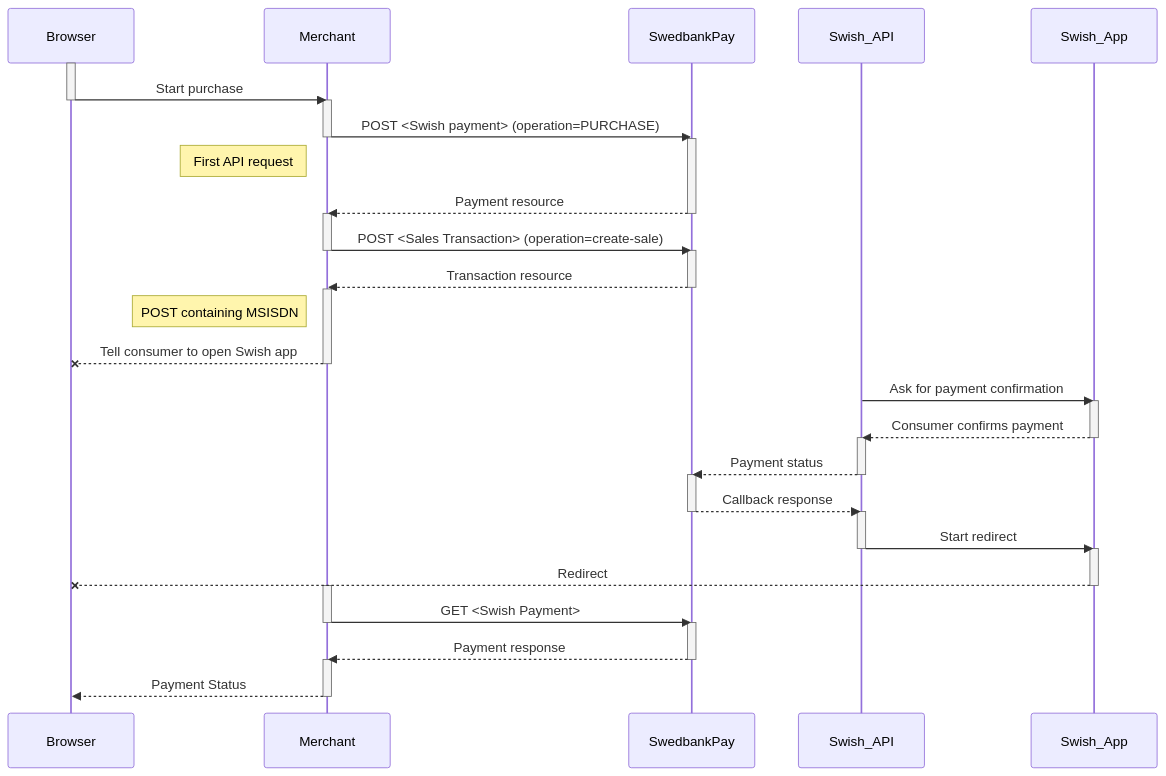
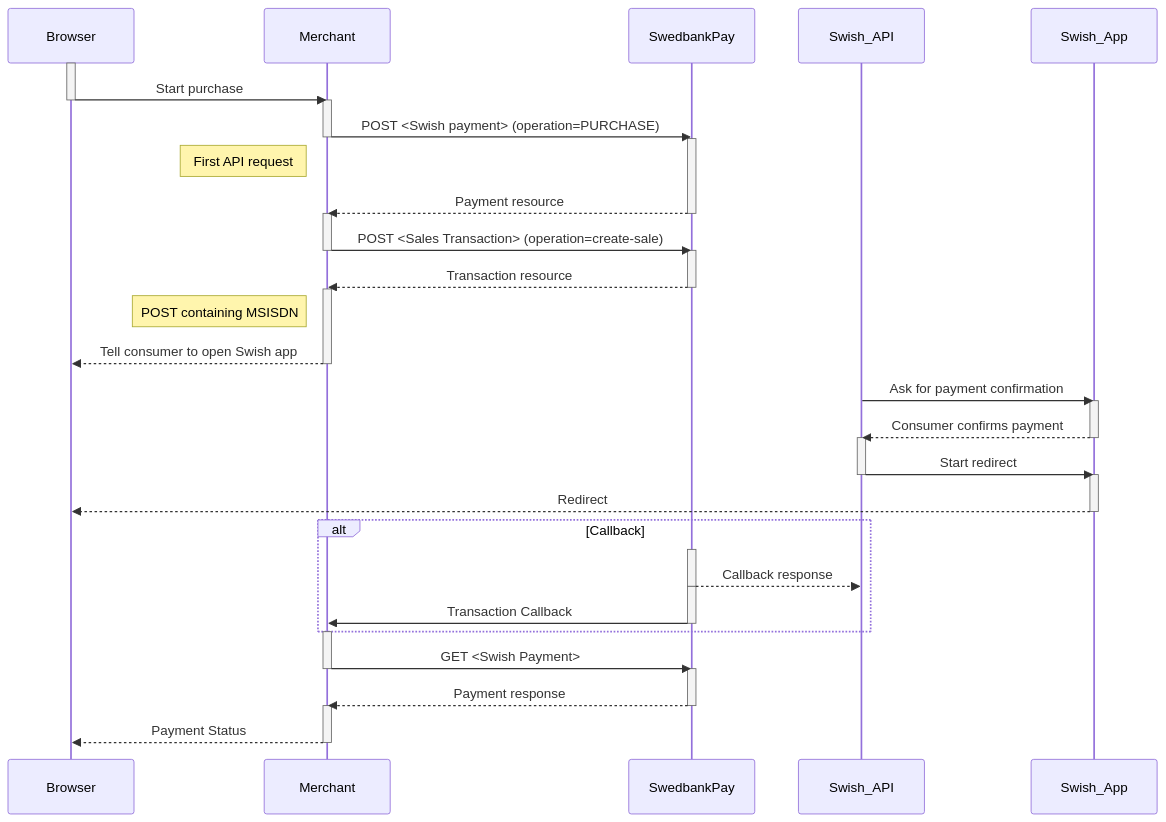
One commit to SwedbankPay/developer.swedbankpay.com changed the second of 2 diagrams in payments/swish/direct.md. Above: the diagram before and after it, drawn with Mermaid. The commit also changed other lines of this file, not shown here.

Commit message:
dx-873 fixed flow charts in direct whish

````diff
--- a/payments/swish/direct.md
+++ b/payments/swish/direct.md
@@ -395,37 +397,39 @@
 ```mermaid
 sequenceDiagram
   activate Browser
   Browser->>-Merchant: Start purchase
   activate Merchant
   Merchant->>-SwedbankPay: POST <Swish payment> (operation=PURCHASE)
   activate  SwedbankPay
   note left of Merchant: First API request
    SwedbankPay-->>-Merchant: Payment resource
    activate Merchant
 
   Merchant->>- SwedbankPay: POST <Sales Transaction> (operation=create-sale)
   activate  SwedbankPay
    SwedbankPay-->>-Merchant: Transaction resource
   activate Merchant
   note left of Merchant: POST containing MSISDN
-  Merchant--x-Browser: Tell consumer to open Swish app
+  Merchant-->>-Browser: Tell consumer to open Swish app
   Swish_API->>Swish_App: Ask for payment confirmation
   activate Swish_App
   Swish_App-->>-Swish_API: Consumer confirms payment
-  activate Swish_API
-
-  Swish_API-->>- SwedbankPay: Payment status
-  activate  SwedbankPay
-   SwedbankPay-->>-Swish_API: Callback response
+  
   activate Swish_API
   Swish_API->>-Swish_App: Start redirect
   activate Swish_App
 
-  Swish_App--x-Browser: Redirect
+  Swish_App-->>-Browser: Redirect
+        alt Callback
+        activate SwedbankPay
+        SwedbankPay-->>-Swish_API: Callback response
+        activate SwedbankPay
+        SwedbankPay->>-Merchant: Transaction Callback
+        end
   activate Merchant
   Merchant->>- SwedbankPay: GET <Swish Payment>
   activate  SwedbankPay
    SwedbankPay-->>-Merchant: Payment response
   activate Merchant
   Merchant-->>-Browser: Payment Status
 ```
````
